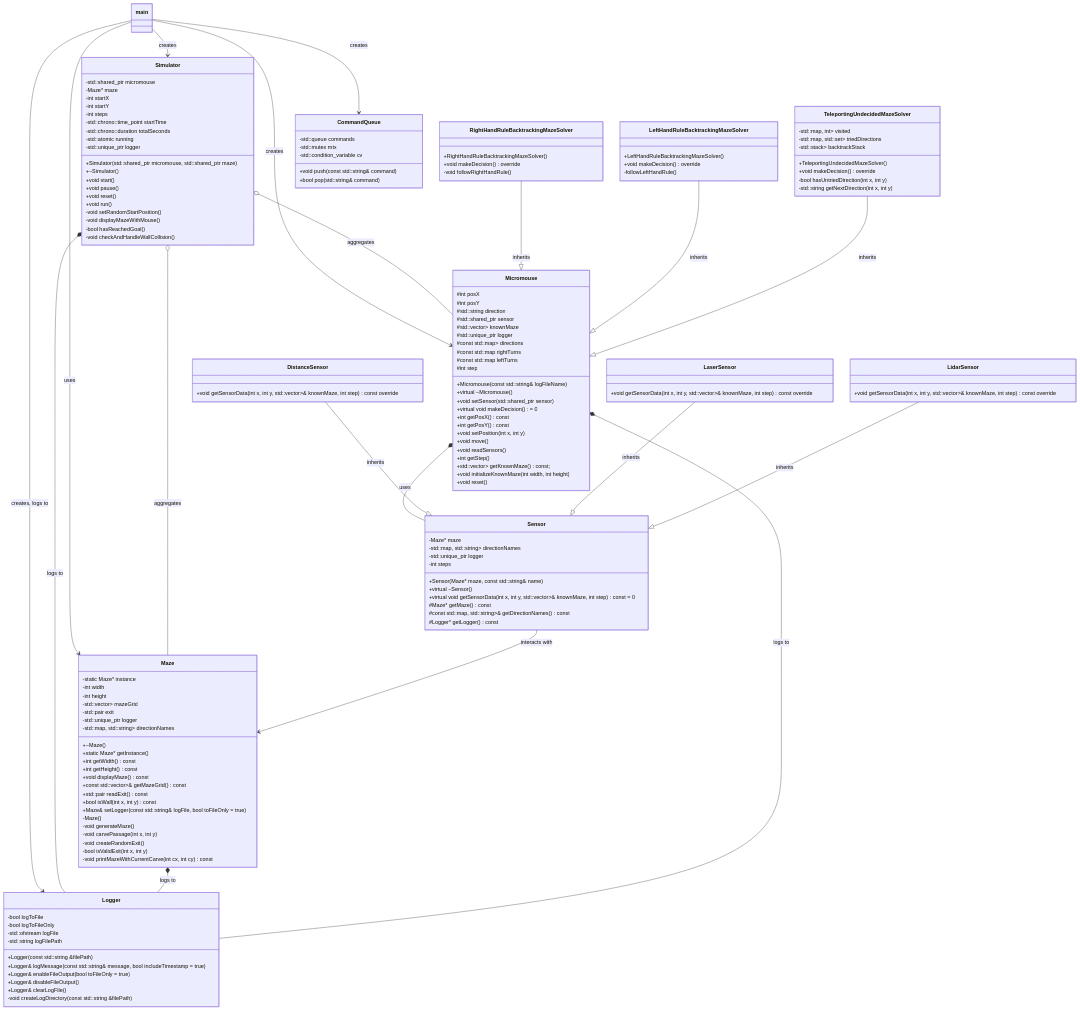
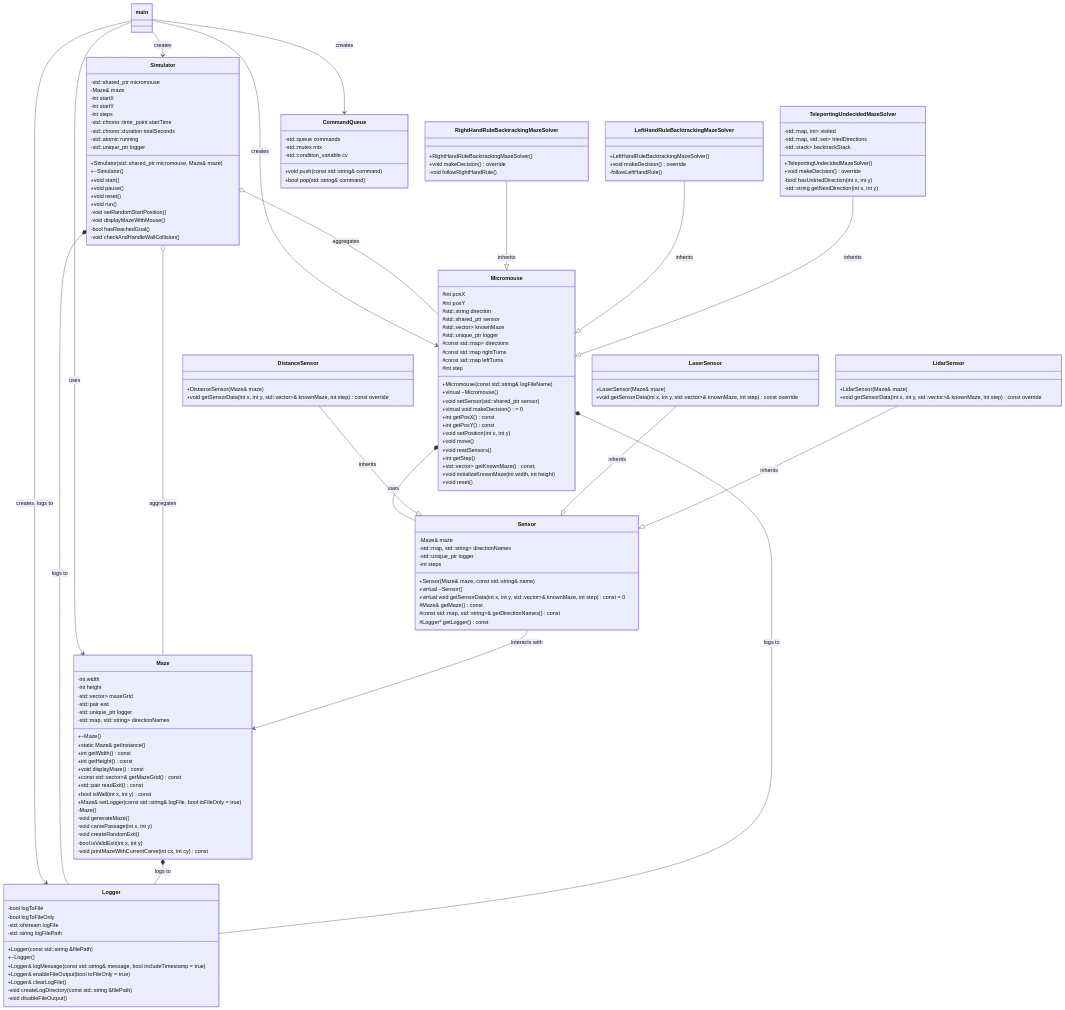
One commit to Gl0dny/micromouse-simulator changed the diagram in README.md. Above: the diagram before and after it, drawn with Mermaid. The commit also changed other lines of this file and 11 other files, not shown here.

Commit message:
moved disableFileOutput to Logger's destructor instead of all other classes

````diff
--- a/README.md
+++ b/README.md
@@ -283,20 +281,20 @@
     }
     
     class Sensor {
-        +Sensor(Maze* maze, const std::string& name)
+        +Sensor(Maze& maze, const std::string& name)
         +virtual ~Sensor()
         +virtual void getSensorData(int x, int y, std::vector<std::vector<int>>& knownMaze, int step) const = 0
-        #Maze* getMaze() const
+        #Maze& getMaze() const
         #const std::map<std::pair<int, int>, std::string>& getDirectionNames() const
         #Logger* getLogger() const
-        -Maze* maze
+        -Maze& maze
         -std::map<std::pair<int, int>, std::string> directionNames
         -std::unique_ptr<Logger> logger
         -int steps
     }
     
     class Simulator {
-        +Simulator(std::shared_ptr<Micromouse> micromouse, std::shared_ptr<Maze> maze)
+        +Simulator(std::shared_ptr<Micromouse> micromouse, Maze& maze)
         +~Simulator()
         +void start()
         +void pause()
@@ -307,7 +305,7 @@
         -bool hasReachedGoal()
         -void checkAndHandleWallCollision()
         -std::shared_ptr<Micromouse> micromouse
-        -Maze* maze
+        -Maze& maze
         -int startX
         -int startY
         -int steps
@@ -319,7 +317,7 @@
     
     class Maze {
         +~Maze()
-        +static Maze* getInstance()
+        +static Maze& getInstance()
         +int getWidth() const
         +int getHeight() const
         +void displayMaze() const
@@ -328,7 +326,6 @@
         +bool isWall(int x, int y) const
         +Maze& setLogger(const std::string& logFile, bool toFileOnly = true)
         -Maze()
-        -static Maze* instance
         -int width
         -int height
         -std::vector<std::vector<int>> mazeGrid
@@ -344,15 +341,16 @@
     
     class Logger {
         +Logger(const std::string &filePath)
+        +~Logger()
         +Logger& logMessage(const std::string& message, bool includeTimestamp = true)
         +Logger& enableFileOutput(bool toFileOnly = true)
-        +Logger& disableFileOutput()
         +Logger& clearLogFile()
         -bool logToFile
         -bool logToFileOnly
         -std::ofstream logFile
         -std::string logFilePath
         -void createLogDirectory(const std::string &filePath)
+        -void disableFileOutput()
     }
     
     class RightHandRuleBacktrackingMazeSolver {
@@ -378,14 +376,17 @@
     }
     
     class DistanceSensor {
+        +DistanceSensor(Maze& maze)
         +void getSensorData(int x, int y, std::vector<std::vector<int>>& knownMaze, int step) const override
     }
     
     class LaserSensor {
+        +LaserSensor(Maze& maze)
         +void getSensorData(int x, int y, std::vector<std::vector<int>>& knownMaze, int step) const override
     }
     
     class LidarSensor {
+        +LidarSensor(Maze& maze)
         +void getSensorData(int x, int y, std::vector<std::vector<int>>& knownMaze, int step) const override
     }
     
@@ -397,7 +398,6 @@
         -std::condition_variable cv
     }
     
-
     main --> Simulator : creates
     main --> Micromouse : creates
     main --> CommandQueue : creates
@@ -422,7 +422,4 @@
     DistanceSensor --|> Sensor : inherits
     LaserSensor --|> Sensor : inherits
     LidarSensor --|> Sensor : inherits
-    
-
-
 ```
````
